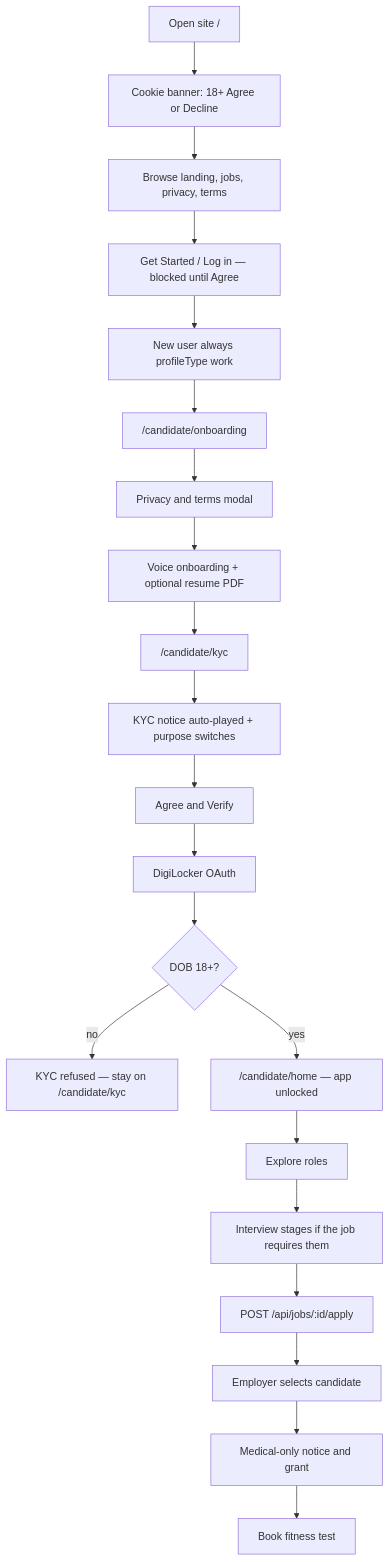
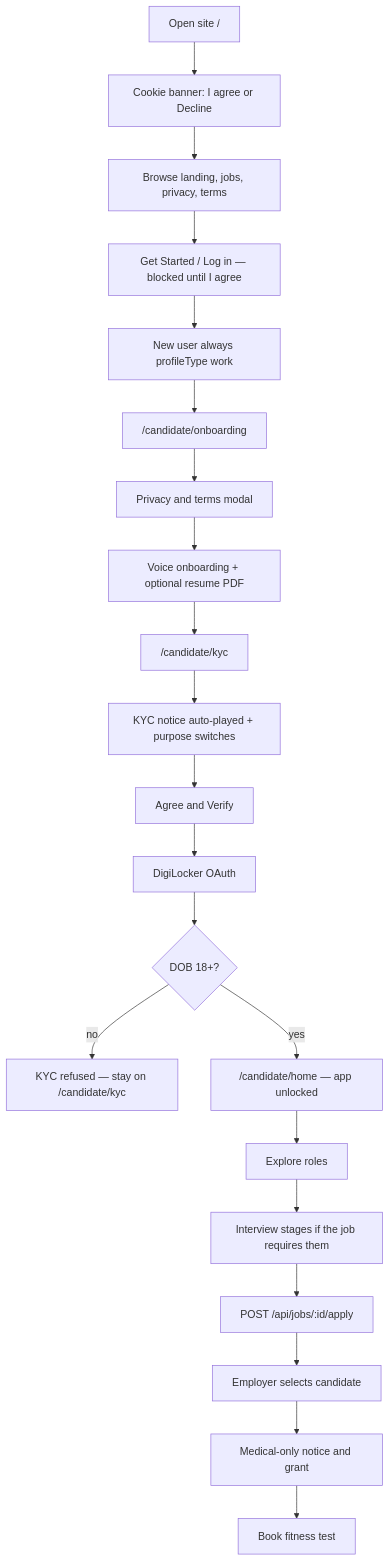
One commit to Agentic-Labs-India/Project-Bluecollarz changed the diagram in docs/compliance/candidate-journey.md. Above: the diagram before and after it, drawn with Mermaid. The commit also changed other lines of this file and 9 other files, not shown here.

````diff
--- a/docs/compliance/candidate-journey.md
+++ b/docs/compliance/candidate-journey.md
@@ -15,23 +15,23 @@
 ```mermaid
 flowchart TD
-  Open["Open site /"] --> Cookie["Cookie banner: 18+ Agree or Decline"]
+  Open["Open site /"] --> Cookie["Cookie banner: I agree or Decline"]
   Cookie --> Browse["Browse landing, jobs, privacy, terms"]
-  Browse --> Google["Get Started / Log in — blocked until Agree"]
+  Browse --> Google["Get Started / Log in — blocked until I agree"]
   Google --> Work["New user always profileType work"]
   Work --> OnboardPage["/candidate/onboarding"]
   OnboardPage --> Terms["Privacy and terms modal"]
   Terms --> Voice["Voice onboarding + optional resume PDF"]
   Voice --> KycPage["/candidate/kyc"]
   KycPage --> Notice["KYC notice auto-played + purpose switches"]
   Notice --> Agree["Agree and Verify"]
   Agree --> Digi["DigiLocker OAuth"]
   Digi --> Age{"DOB 18+?"}
   Age -->|no| Fail["KYC refused — stay on /candidate/kyc"]
   Age -->|yes| Home["/candidate/home — app unlocked"]
   Home --> Explore["Explore roles"]
   Explore --> Interview["Interview stages if the job requires them"]
   Interview --> Apply["POST /api/jobs/:id/apply"]
   Apply --> Selected["Employer selects candidate"]
   Selected --> MedConsent["Medical-only notice and grant"]
   MedConsent --> Book["Book fitness test"]
 ```
````
